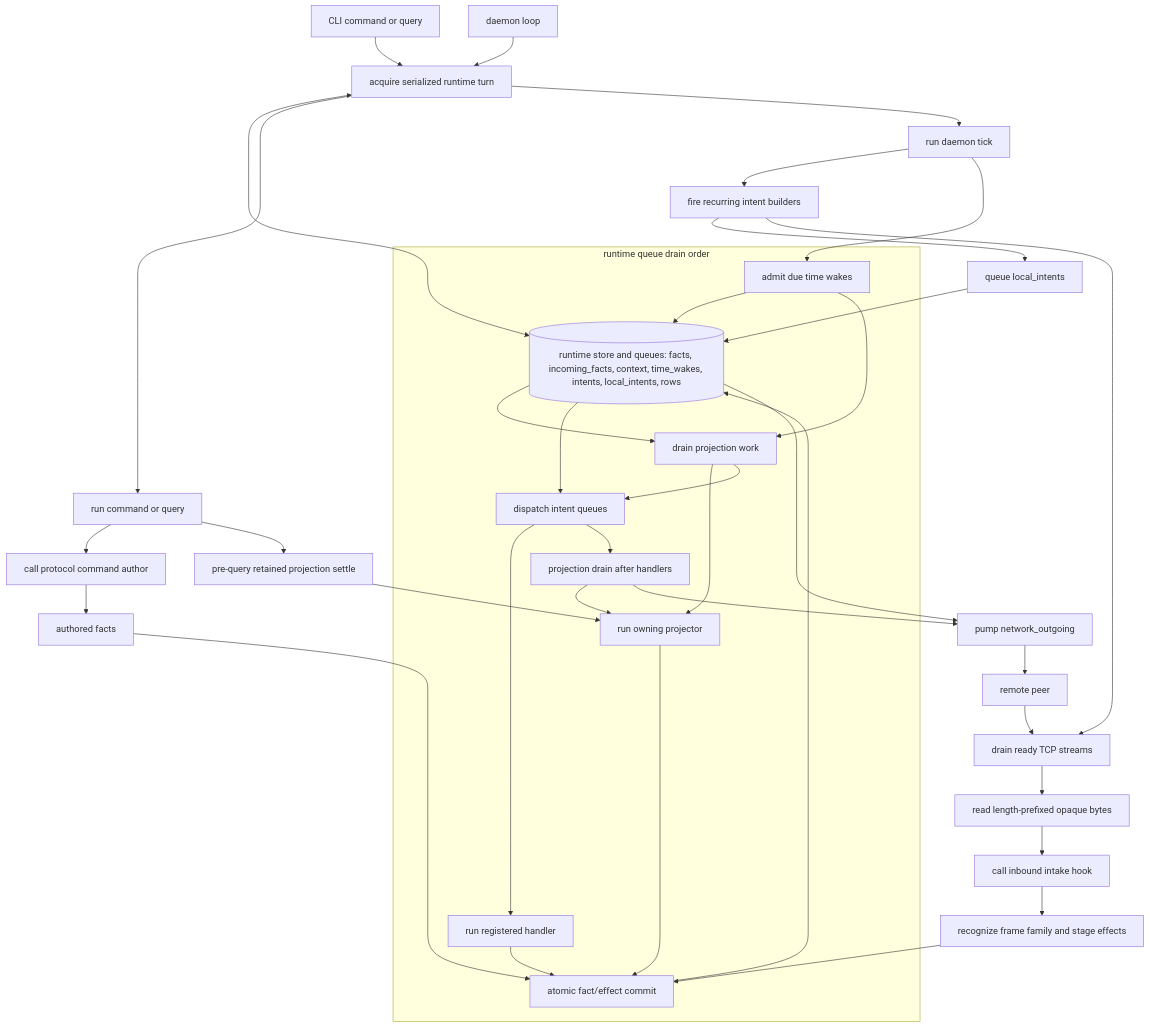
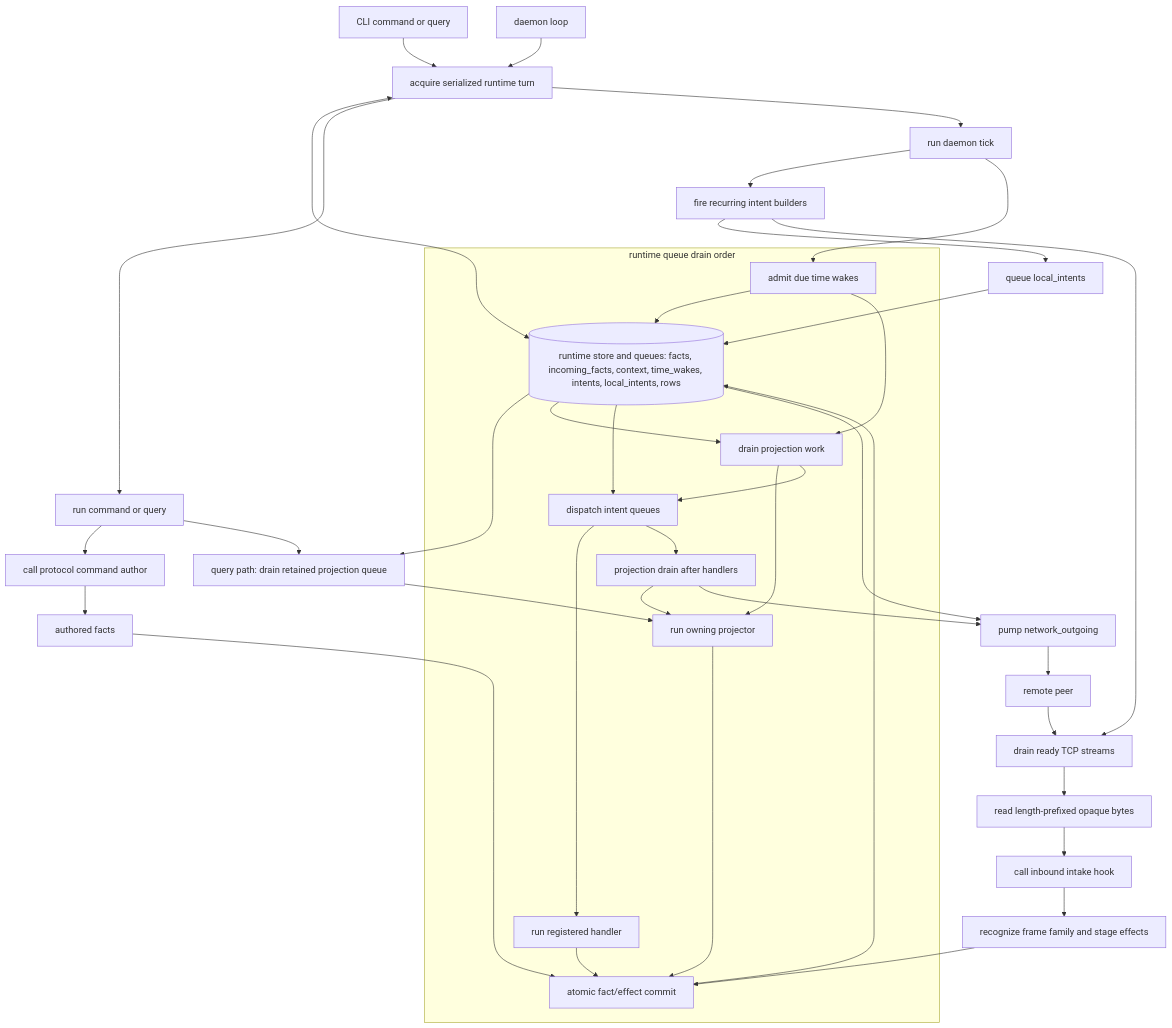
The first of 5 diagrams in ARCHITECTURE_DIAGRAMS.md (holmesworcester/poc-10), drawn with Mermaid before and after one commit. The commit also changed 1 other file, not shown here.

Commit message:
Route pre-query settle through projection queue

````diff
--- a/ARCHITECTURE_DIAGRAMS.md
+++ b/ARCHITECTURE_DIAGRAMS.md
@@ -22,45 +22,46 @@
 ```mermaid
 %%{init: {"flowchart": {"wrappingWidth": 320}} }%%
 flowchart TD
     CLI["CLI command or query"] --> TURN["acquire serialized runtime turn"]
     DAEMON["daemon loop"] --> TURN
     TURN <--> STORE[("runtime store and queues: facts, incoming_facts, context, time_wakes, intents, local_intents, rows")]
 
     TURN --> COMMAND_PATH["run command or query"]
     COMMAND_PATH --> COMMANDS["call protocol command author"]
     COMMANDS --> COMMAND_FACTS["authored facts"]
     COMMAND_FACTS --> COMMIT["atomic fact/effect commit"]
-    COMMAND_PATH --> PREQUERY["pre-query retained projection settle"]
-    PREQUERY --> PROJECTOR
+    COMMAND_PATH --> PREQUERY_QUEUE["query path: drain retained projection queue"]
+    STORE --> PREQUERY_QUEUE
+    PREQUERY_QUEUE --> PROJECTOR
 
     TURN --> DAEMON_PATH["run daemon tick"]
     DAEMON_PATH --> FIRE["fire recurring intent builders"]
     FIRE --> LOCAL_QUEUE["queue local_intents"]
     LOCAL_QUEUE --> STORE
     FIRE --> NET_IN["drain ready TCP streams"]
     NET_IN --> FRAME["read length-prefixed opaque bytes"]
     FRAME --> INTAKE["call inbound intake hook"]
     INTAKE --> RECOGNIZE["recognize frame family and stage effects"]
     RECOGNIZE --> COMMIT
     DAEMON_PATH --> TIME["admit due time wakes"]
     TIME --> STORE
 
     subgraph DRAIN["runtime queue drain order"]
       TIME --> PROJECTION_A["drain projection work"]
       STORE --> PROJECTION_A
       PROJECTION_A --> PROJECTOR["run owning projector"]
       PROJECTOR --> COMMIT
       PROJECTION_A --> DISPATCH["dispatch intent queues"]
       STORE --> DISPATCH
       DISPATCH --> HANDLERS["run registered handler"]
       HANDLERS --> COMMIT
       DISPATCH --> PROJECTION_B["projection drain after handlers"]
       PROJECTION_B --> PROJECTOR
     end
 
     COMMIT --> STORE
     PROJECTION_B --> NET_OUT["pump network_outgoing"]
     STORE --> NET_OUT
     NET_OUT --> PEER["remote peer"]
     PEER --> NET_IN
 ```
````
